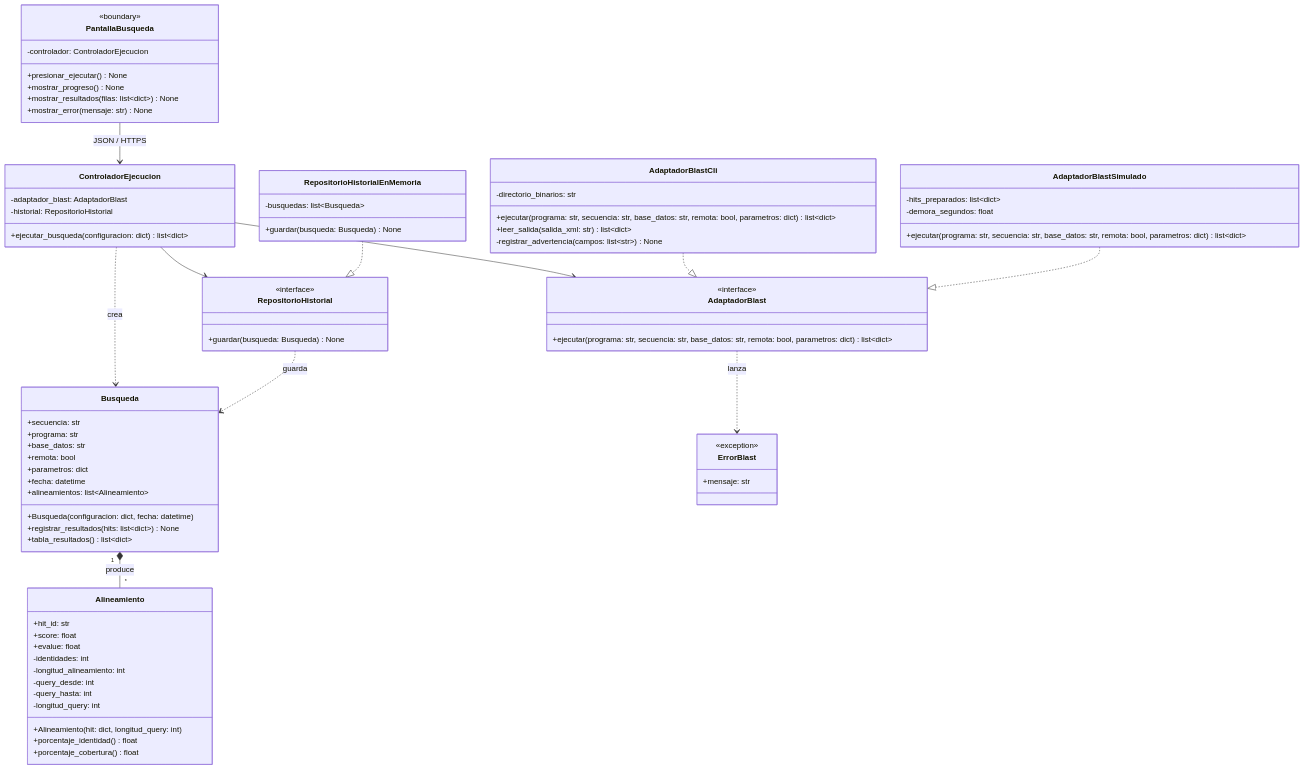
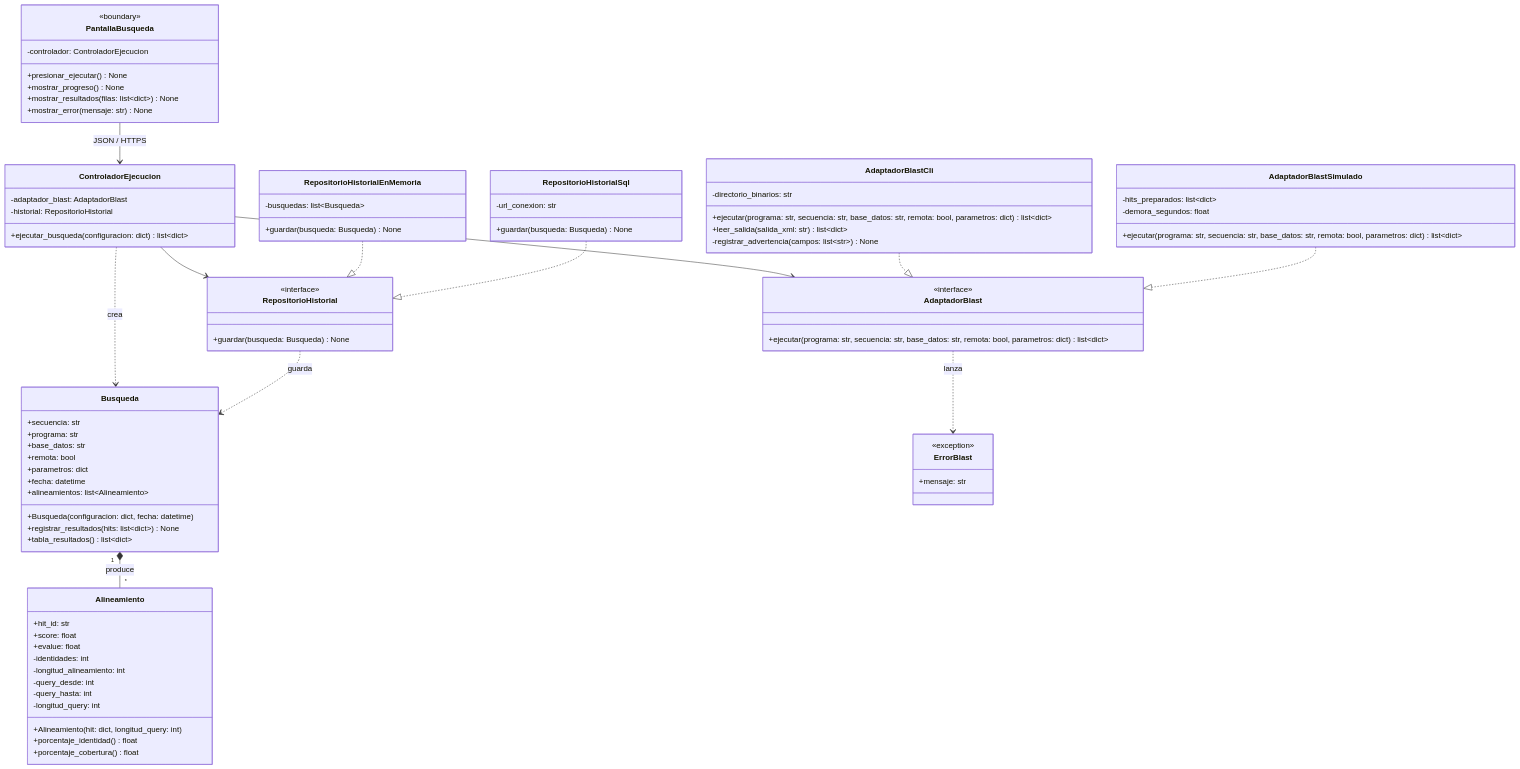
The sixth of 6 diagrams in docs/design/diseno-detallado.md (agwursten/Secondary-Repo-GUI-Blast), drawn with Mermaid before and after one commit. The commit also changed other lines of this file and 1 other file, not shown here.

````diff
--- a/docs/design/diseno-detallado.md
+++ b/docs/design/diseno-detallado.md
@@ -465,6 +473,10 @@
         -busquedas: list~Busqueda~
         +guardar(busqueda: Busqueda) None
     }
+    class RepositorioHistorialSql {
+        -url_conexion: str
+        +guardar(busqueda: Busqueda) None
+    }
 
     PantallaBusqueda --> ControladorEjecucion : JSON / HTTPS
     ControladorEjecucion --> AdaptadorBlast
@@ -475,5 +487,6 @@
     AdaptadorBlastSimulado ..|> AdaptadorBlast
     AdaptadorBlast ..> ErrorBlast : lanza
     RepositorioHistorialEnMemoria ..|> RepositorioHistorial
+    RepositorioHistorialSql ..|> RepositorioHistorial
     RepositorioHistorial ..> Busqueda : guarda
 ```
````
